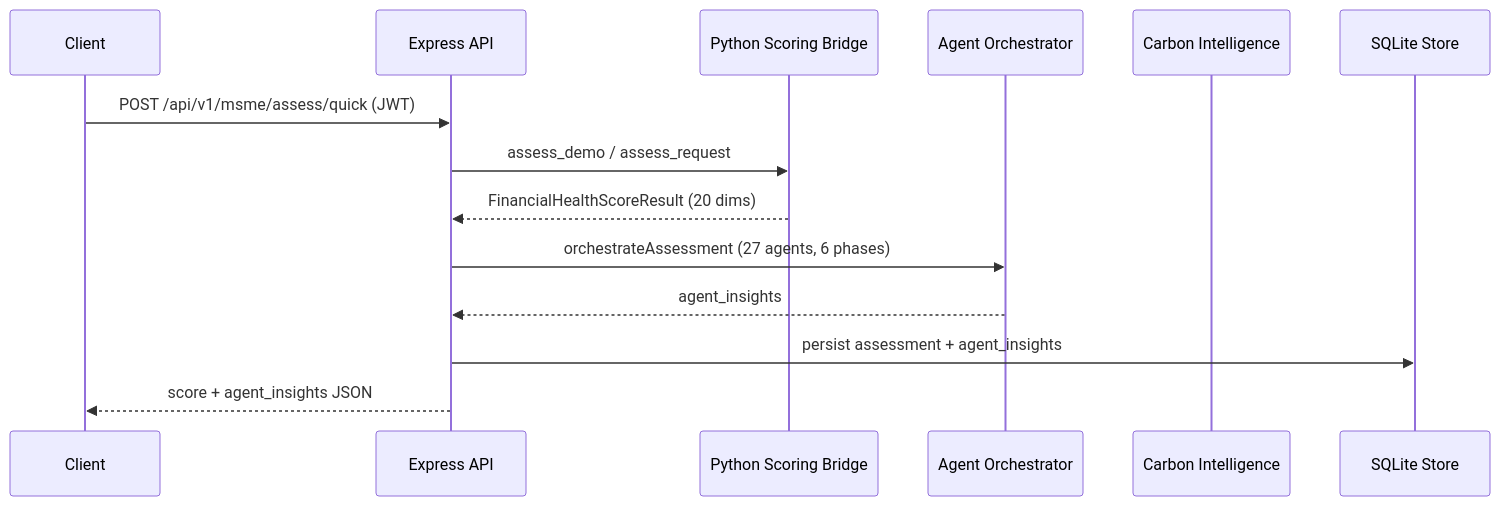
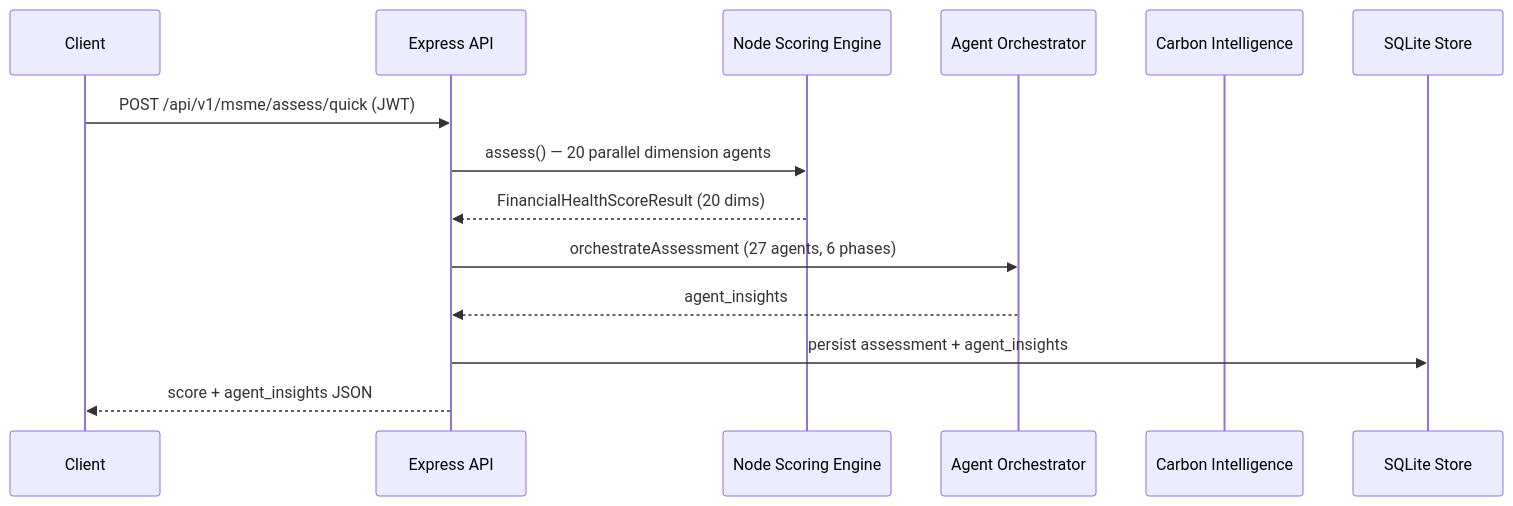
The second of 3 diagrams in docs/ARCHITECTURE.md (carbonintelli/FinancialHealthScore), drawn with Mermaid before and after one commit. The commit also changed other lines of this file and 9 other files, not shown here.

````diff
--- a/docs/ARCHITECTURE.md
+++ b/docs/ARCHITECTURE.md
@@ -50,17 +51,17 @@
 ```mermaid
 sequenceDiagram
     participant Client
     participant API as Express API
-    participant Bridge as Python Scoring Bridge
+    participant Score as Node Scoring Engine
     participant Orch as Agent Orchestrator
     participant CI as Carbon Intelligence
     participant DB as SQLite Store
 
     Client->>API: POST /api/v1/msme/assess/quick (JWT)
-    API->>Bridge: assess_demo / assess_request
-    Bridge-->>API: FinancialHealthScoreResult (20 dims)
+    API->>Score: assess() — 20 parallel dimension agents
+    Score-->>API: FinancialHealthScoreResult (20 dims)
     API->>Orch: orchestrateAssessment (27 agents, 6 phases)
     Orch-->>API: agent_insights
     API->>DB: persist assessment + agent_insights
     API-->>Client: score + agent_insights JSON
 ```
````
